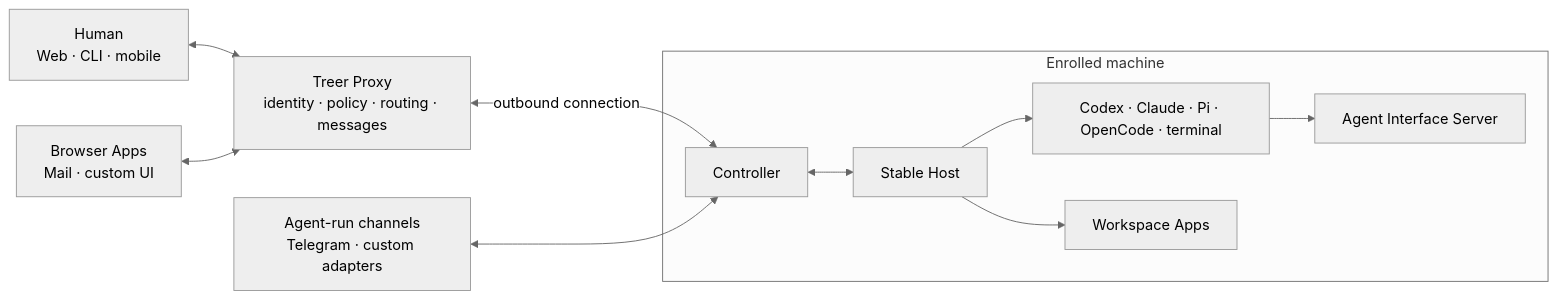
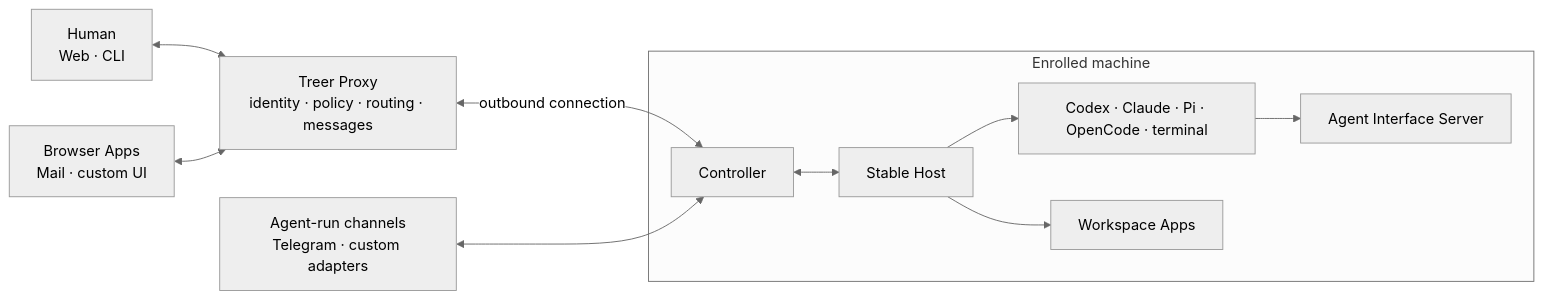
The diagram in README.md (EvoEvolver/treer), drawn with Mermaid (neutral theme) before and after one commit. The commit also changed other lines of this file and 138 other files, not shown here.

````diff
--- a/README.md
+++ b/README.md
@@ -48,17 +49,17 @@
 ```mermaid
 flowchart LR
-    Human["Human<br/>Web · CLI · mobile"] <--> Proxy
+    Human["Human<br/>Web · CLI"] <--> Proxy
     BrowserApps["Browser Apps<br/>Mail · custom UI"] <--> Proxy
     Proxy["Treer Proxy<br/>identity · policy · routing · messages"]
 
     Proxy <-->|outbound connection| Controller
 
     subgraph Machine["Enrolled machine"]
         Controller["Controller"] <--> Host["Stable Host"]
         Host --> Agents["Codex · Claude · Pi · OpenCode · terminal"]
         Agents --> AIS["Agent Interface Server"]
         Host --> Apps["Workspace Apps"]
     end
 
     AgentChannels["Agent-run channels<br/>Telegram · custom adapters"] <--> Controller
 ```
````
